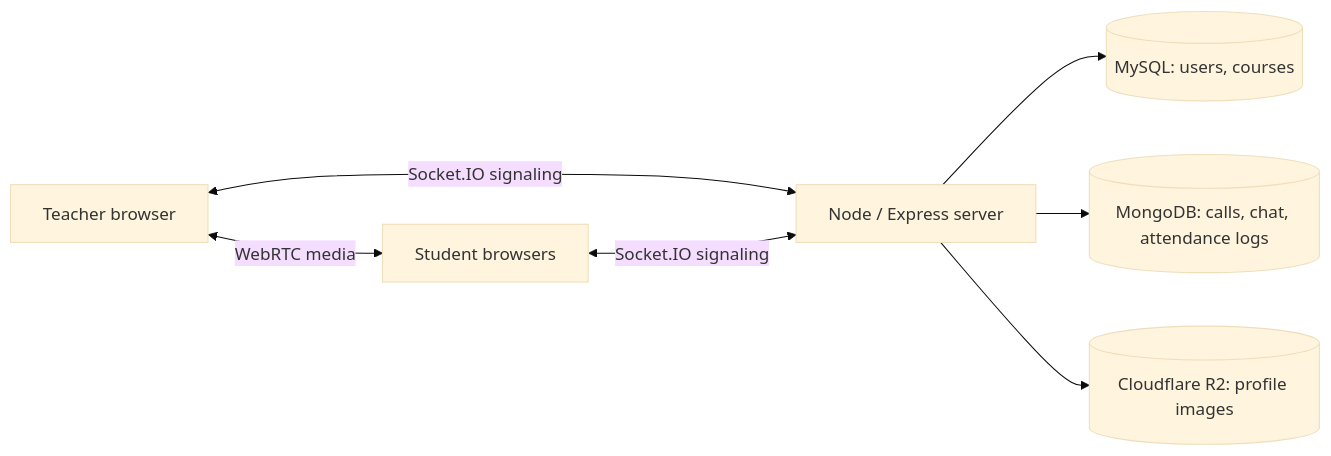
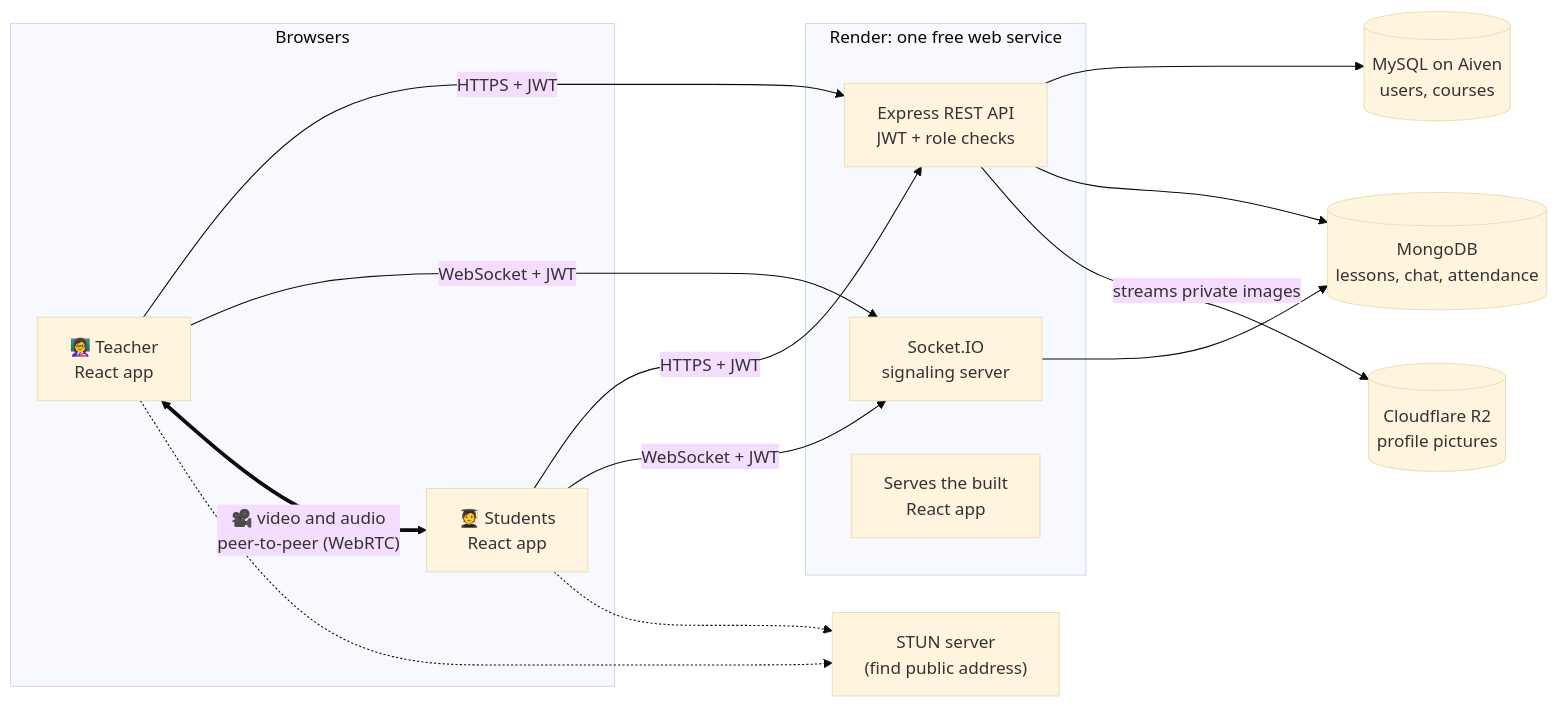
The second of 5 diagrams in readme.md (sami000khaleel/teach-me), drawn with Mermaid (base theme) before and after one commit. The commit also changed other lines of this file, not shown here.

````diff
--- a/readme.md
+++ b/readme.md
@@ -31,9 +135,27 @@
 ```mermaid
 flowchart LR
-  T[Teacher browser] <-- WebRTC media --> S[Student browsers]
-  T <-- Socket.IO signaling --> API[Node / Express server]
-  S <-- Socket.IO signaling --> API
-  API --> M[(MySQL: users, courses)]
-  API --> G[(MongoDB: calls, chat, attendance logs)]
-  API --> R[(Cloudflare R2: profile images)]
+    subgraph B["Browsers"]
+        T["👩‍🏫 Teacher<br/>React app"]
+        S["🧑‍🎓 Students<br/>React app"]
+    end
+
+    subgraph R["Render: one free web service"]
+        API["Express REST API<br/>JWT + role checks"]
+        WS["Socket.IO<br/>signaling server"]
+        FE["Serves the built<br/>React app"]
+    end
+
+    MY[("MySQL on Aiven<br/>users, courses")]
+    MO[("MongoDB<br/>lessons, chat, attendance")]
+    R2[("Cloudflare R2<br/>profile pictures")]
+    STUN["STUN server<br/>(find public address)"]
+
+    T & S -- "HTTPS + JWT" --> API
+    T & S -- "WebSocket + JWT" --> WS
+    API --> MY
+    API --> MO
+    API -- "streams private images" --> R2
+    WS --> MO
+    T <== "🎥 video and audio<br/>peer-to-peer (WebRTC)" ==> S
+    T & S -.-> STUN
 ```
````
